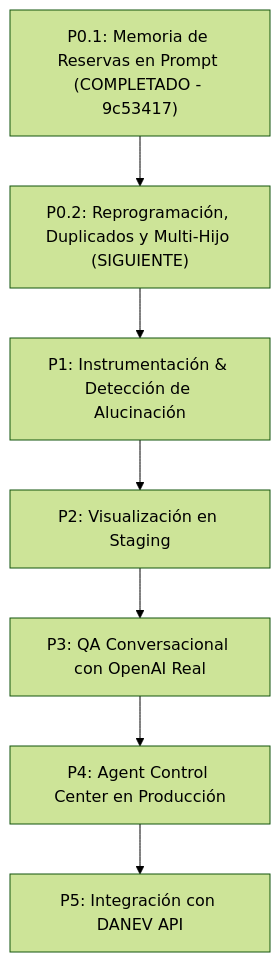
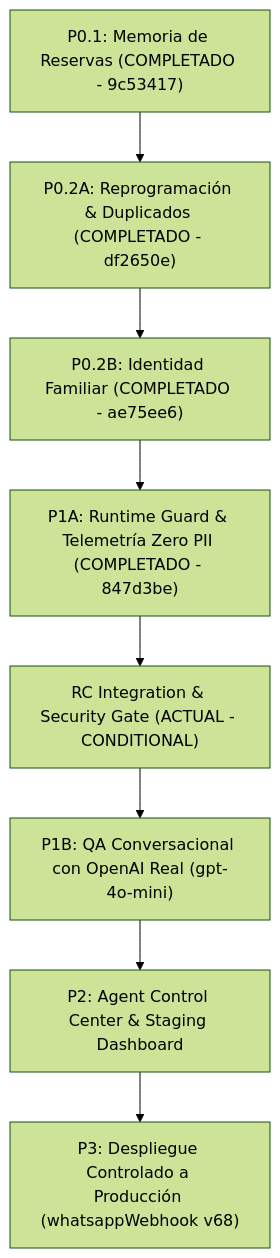
The third of 3 diagrams in CURRENT-STATE.md (jumpercusco-ux/ginga-app), drawn with Mermaid (forest theme) before and after one commit. The commit also changed other lines of this file and 6 other files, not shown here.

````diff
--- a/CURRENT-STATE.md
+++ b/CURRENT-STATE.md
@@ -319,9 +359,10 @@
 ```mermaid
 flowchart TD
-    P01["P0.1: Memoria de Reservas en Prompt (COMPLETADO - 9c53417)"] --> P02["P0.2: Reprogramación, Duplicados y Multi-Hijo (SIGUIENTE)"]
-    P02 --> P1["P1: Instrumentación & Detección de Alucinación"]
-    P1 --> P2["P2: Visualización en Staging"]
-    P2 --> P3["P3: QA Conversacional con OpenAI Real"]
-    P3 --> P4["P4: Agent Control Center en Producción"]
-    P4 --> P5["P5: Integración con DANEV API"]
+    P01["P0.1: Memoria de Reservas (COMPLETADO - 9c53417)"] --> P02A["P0.2A: Reprogramación & Duplicados (COMPLETADO - df2650e)"]
+    P02A --> P02B["P0.2B: Identidad Familiar (COMPLETADO - ae75ee6)"]
+    P02B --> P1A["P1A: Runtime Guard & Telemetría Zero PII (COMPLETADO - 847d3be)"]
+    P1A --> RC["RC Integration & Security Gate (ACTUAL - CONDITIONAL)"]
+    RC --> P1B["P1B: QA Conversacional con OpenAI Real (gpt-4o-mini)"]
+    P1B --> P2["P2: Agent Control Center & Staging Dashboard"]
+    P2 --> PROD["P3: Despliegue Controlado a Producción (whatsappWebhook v68)"]
 ```
````
